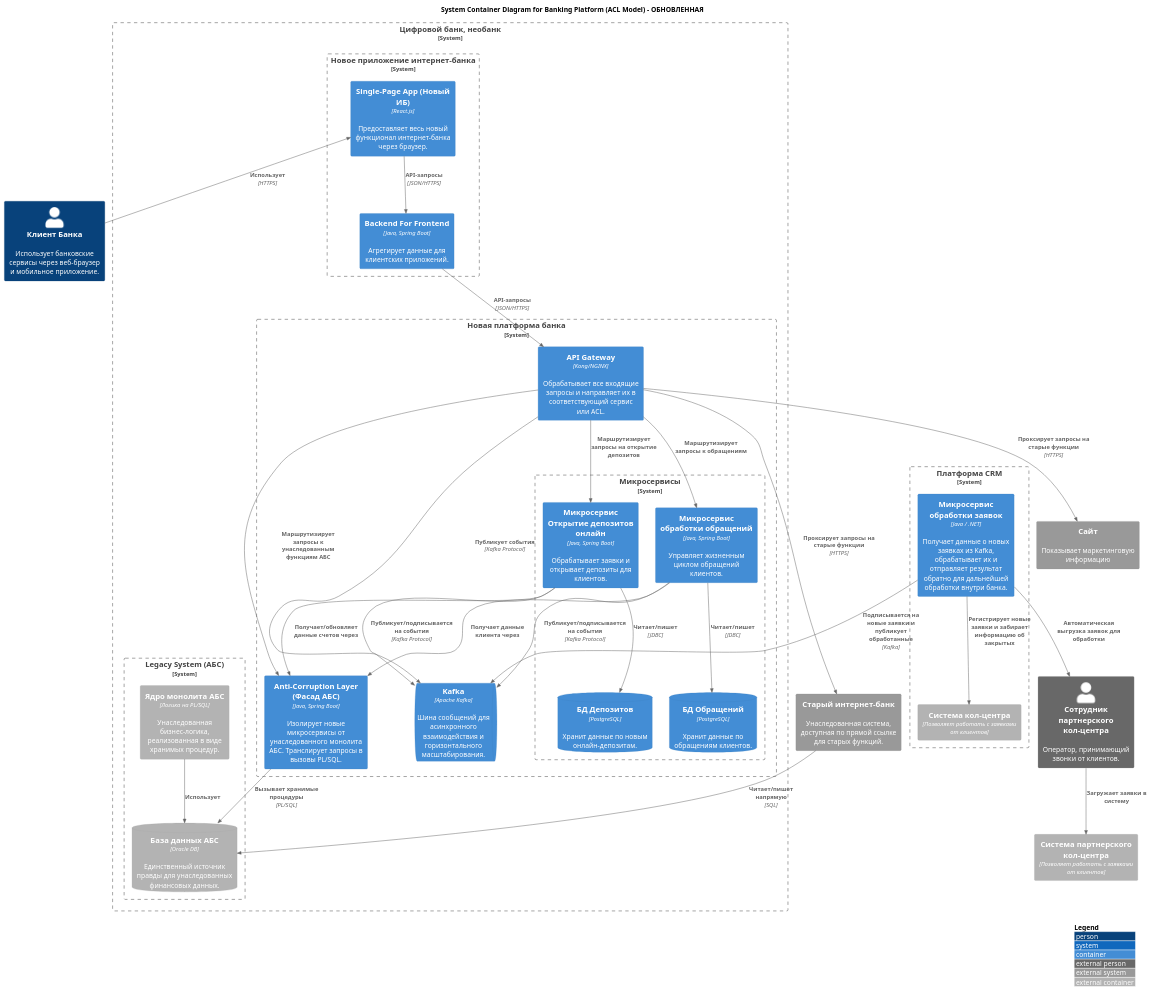
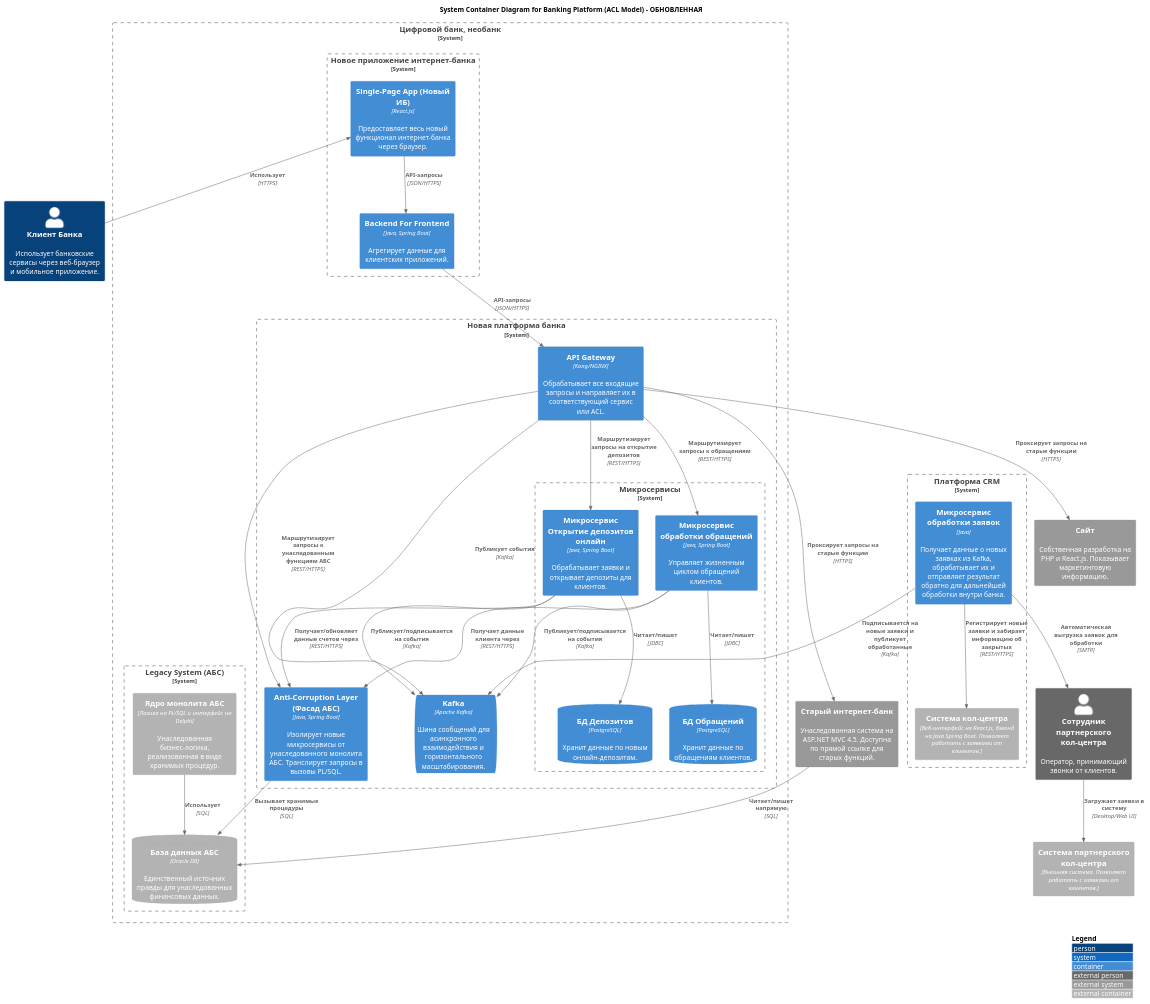
Before and after one commit to Evangelistic/architecture-pro-standart: the diagram in diagrams/to-be/mvp2_container.puml, drawn with PlantUML. The commit also changed 2 other files, not shown here.

Commit message:
Adding final diagrams

```diff
--- a/diagrams/to-be/mvp2_container.puml
+++ b/diagrams/to-be/mvp2_container.puml
@@ -1,109 +1,107 @@
-@startuml Bank Platform - Container Diagram (ACL Model) - FINAL
-
 !include ../includes/C4_Container.puml
 
 LAYOUT_WITH_LEGEND()
 
 title System Container Diagram for Banking Platform (ACL Model) - ОБНОВЛЕННАЯ
 
 ' ===================================
 '           Actors & External Systems
 ' ===================================
 
 Person(client, "Клиент Банка", "Использует банковские сервисы через веб-браузер и мобильное приложение.")
 Person_Ext(callCenterPartnerOperator, "Сотрудник партнерского кол-центра", "Оператор, принимающий звонки от клиентов.")
 
-System_Ext(old_internet_bank, "Старый интернет-банк", "Унаследованная система, доступная по прямой ссылке для старых функций.")
-System_Ext(old_site, "Сайт", "Показывает маркетинговую информацию")
+System_Ext(old_internet_bank, "Старый интернет-банк", "Унаследованная система на ASP.NET MVC 4.5. Доступна по прямой ссылке для старых функций.")
+System_Ext(old_site, "Сайт", "Собственная разработка на PHP и React.js. Показывает маркетинговую информацию.")
 
 ' --- Раскрываем CRM платформу, чтобы показать внутренний микросервис ---
 System_Boundary(crm_platform, "Платформа CRM") {
-    Container(lead_processor, "Микросервис обработки заявок", "Java / .NET", "Получает данные о новых заявках из Kafka, обрабатывает их и отправляет результат обратно для дальнейшей обработки внутри банка.")
-    Container_Ext(bank_call_center, "Система кол-центра", "Позволяет работать с заявками от клиентов")
+    Container(lead_processor, "Микросервис обработки заявок", "Java", "Получает данные о новых заявках из Kafka, обрабатывает их и отправляет результат обратно для дальнейшей обработки внутри банка.")
+    Container_Ext(bank_call_center, "Система кол-центра", "Веб-интерфейс на React.js, бэкенд на Java Spring Boot. Позволяет работать с заявками от клиентов.")
 
-    Rel(lead_processor, bank_call_center, "Регистрирует новые заявки и забирает информацию об закрытых")
+    Rel(lead_processor, bank_call_center, "Регистрирует новые заявки и забирает информацию об закрытых", "REST/HTTPS")
 }
-Container_Ext(partner_bank_call_center, "Система партнерского кол-центра", "Позволяет работать с заявками от клиентов")
-Rel(lead_processor, callCenterPartnerOperator, "Автоматическая выгрузка заявок для обработки")
-Rel(callCenterPartnerOperator, partner_bank_call_center, "Загружает заявки в систему")
+Container_Ext(partner_bank_call_center, "Система партнерского кол-центра", "Внешняя система. Позволяет работать с заявками от клиентов.")
+Rel(lead_processor, callCenterPartnerOperator, "Автоматическая выгрузка заявок для обработки", "SMTP")
+Rel(callCenterPartnerOperator, partner_bank_call_center, "Загружает заявки в систему", "Desktop/Web UI")
 
 ' ===================================
 '           System Boundary: Цифровой банк
 ' ===================================
 
 System_Boundary(digital_bank, "Цифровой банк, необанк") {
 
     ' --- Клиентские приложения ---
     System_Boundary(user_ui, "Новое приложение интернет-банка") {
         Container(spa, "Single-Page App (Новый ИБ)", "React.js", "Предоставляет весь новый функционал интернет-банка через браузер.")
         Container(bff, "Backend For Frontend", "Java, Spring Boot", "Агрегирует данные для клиентских приложений.")
     }
 
     System_Boundary(bank_platform, "Новая платформа банка") {
     ' --- Точка входа ---
         Container(api_gateway, "API Gateway", "Kong/NGINX", "Обрабатывает все входящие запросы и направляет их в соответствующий сервис или ACL.")
 
         ' --- Шина данных ---
         ContainerQueue(kafka, "Kafka", "Apache Kafka", "Шина сообщений для асинхронного взаимодействия и горизонтального масштабирования.")
 
         ' --- Новая микросервисная архитектура ---
         System_Boundary(microservices, "Микросервисы") {
             Container(ticket_service, "Микросервис обработки обращений", "Java, Spring Boot", "Управляет жизненным циклом обращений клиентов.")
             ContainerDb(ticket_db, "БД Обращений", "PostgreSQL", "Хранит данные по обращениям клиентов.")
             Rel_D(ticket_service, ticket_db, "Читает/пишет", "JDBC")
 
             Container(deposit_service, "Микросервис Открытие депозитов онлайн", "Java, Spring Boot", "Обрабатывает заявки и открывает депозиты для клиентов.")
             ContainerDb(deposit_db, "БД Депозитов", "PostgreSQL", "Хранит данные по новым онлайн-депозитам.")
             Rel_D(deposit_service, deposit_db, "Читает/пишет", "JDBC")
         }
 
         ' --- Мост к унаследованной системе ---
         Container(anti_corruption_layer, "Anti-Corruption Layer (Фасад АБС)", "Java, Spring Boot", "Изолирует новые микросервисы от унаследованного монолита АБС. Транслирует запросы в вызовы PL/SQL.")
     }
     ' --- Унаследованная система ---
     System_Boundary(legacy_system, "Legacy System (АБС)") {
-        Container_Ext(monolith_core, "Ядро монолита АБС", "Логика на PL/SQL", "Унаследованная бизнес-логика, реализованная в виде хранимых процедур.")
+        Container_Ext(monolith_core, "Ядро монолита АБС", "Логика на PL/SQL и интерфейс на Delphi", "Унаследованная бизнес-логика, реализованная в виде хранимых процедур.")
         ContainerDb_Ext(monolith_db, "База данных АБС", "Oracle DB", "Единственный источник правды для унаследованных финансовых данных.")
-        Rel(monolith_core, monolith_db, "Использует")
+        Rel(monolith_core, monolith_db, "Использует", "SQL")
     }
 
     ' ===================================
     '           Relationships
     ' ===================================
 
     ' --- Клиент -> Шлюз ---
     Rel_U(client, spa, "Использует", "HTTPS")
     Rel(spa, bff, "API-запросы", "JSON/HTTPS")
     Rel(bff, api_gateway, "API-запросы", "JSON/HTTPS")
     
     ' --- Шлюз -> Сервисы (Синхронные запросы) ---
-    Rel(api_gateway, ticket_service, "Маршрутизирует запросы к обращениям")
-    Rel(api_gateway, deposit_service, "Маршрутизирует запросы на открытие депозитов")
-    Rel(api_gateway, anti_corruption_layer, "Маршрутизирует запросы к унаследованным функциям АБС")
+    Rel(api_gateway, ticket_service, "Маршрутизирует запросы к обращениям", "REST/HTTPS")
+    Rel(api_gateway, deposit_service, "Маршрутизирует запросы на открытие депозитов", "REST/HTTPS")
+    Rel(api_gateway, anti_corruption_layer, "Маршрутизирует запросы к унаследованным функциям АБС", "REST/HTTPS")
 
     ' --- Взаимодействие с Legacy через ACL ---
-    Rel(deposit_service, anti_corruption_layer, "Получает/обновляет данные счетов через")
-    Rel(ticket_service, anti_corruption_layer, "Получает данные клиента через")
-    Rel(anti_corruption_layer, monolith_db, "Вызывает хранимые процедуры", "PL/SQL")
+    Rel(deposit_service, anti_corruption_layer, "Получает/обновляет данные счетов через", "REST/HTTPS")
+    Rel(ticket_service, anti_corruption_layer, "Получает данные клиента через", "REST/HTTPS")
+    Rel(anti_corruption_layer, monolith_db, "Вызывает хранимые процедуры", "SQL")
     
     ' --- Взаимодействие через Kafka (Асинхронные события) ---
-    Rel(api_gateway, kafka, "Публикует события", "Kafka Protocol")
-    Rel(ticket_service, kafka, "Публикует/подписывается на события", "Kafka Protocol")
-    Rel(deposit_service, kafka, "Публикует/подписывается на события", "Kafka Protocol")
+    Rel(api_gateway, kafka, "Публикует события", "Kafka")
+    Rel(ticket_service, kafka, "Публикует/подписывается на события", "Kafka")
+    Rel(deposit_service, kafka, "Публикует/подписывается на события", "Kafka")
     
     ' --- Взаимодействие с внешними системами ---
     Rel(lead_processor, kafka, "Подписывается на новые заявки и публикует обработанные", "Kafka")
 }
 
 ' ===================================
 '           СВЯЗИ СО СТАРЫМИ СИСТЕМАМИ
 ' ===================================
 
 ' 1. Новое приложение (через BFF и Gateway) может обращаться к старому ИБ и сайту для плавного перехода
 Rel(api_gateway, old_internet_bank, "Проксирует запросы на старые функции", "HTTPS")
 Rel(api_gateway, old_site, "Проксирует запросы на старые функции", "HTTPS")
 
 ' 2. Старый интернет-банк работает напрямую с базой данных АБС
 Rel(old_internet_bank, monolith_db, "Читает/пишет напрямую", "SQL")
 
 @enduml
```
